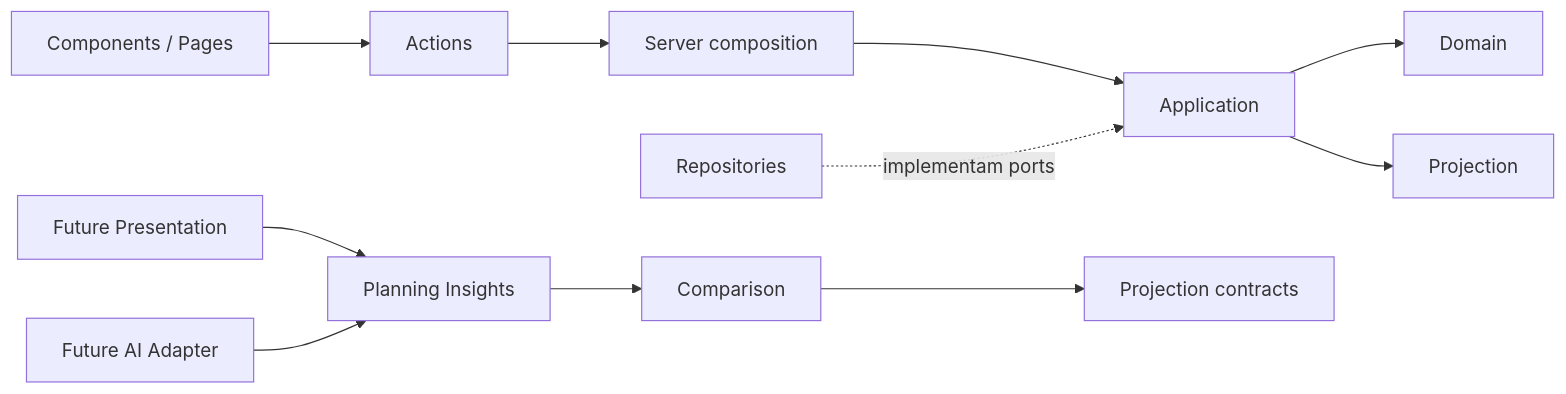
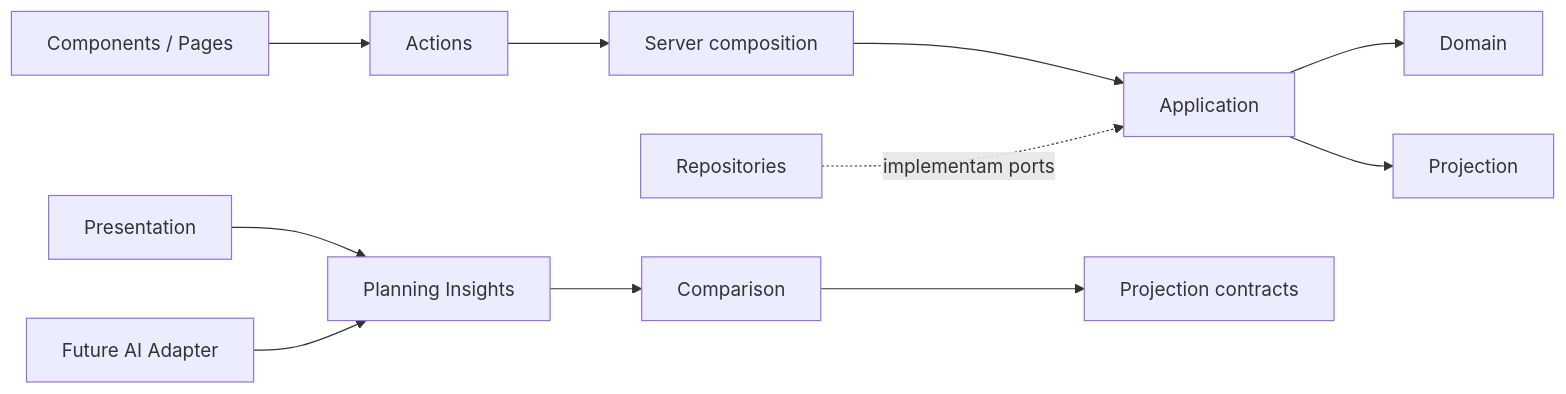
Before and after one commit to docalencar/evol-os: the second of 2 diagrams in docs/Architecture/organization-planning.md, drawn with Mermaid. The commit also changed other lines of this file and 47 other files, not shown here.

````diff
--- a/docs/Architecture/organization-planning.md
+++ b/docs/Architecture/organization-planning.md
@@ -55,13 +55,13 @@
 ```mermaid
 flowchart LR
   UI[Components / Pages] --> Actions
   Actions --> Server[Server composition]
   Server --> Application
   Repositories -. implementam ports .-> Application
   Application --> Domain
   Application --> Projection
   Comparison --> Contracts[Projection contracts]
   Insights[Planning Insights] --> Comparison
-  FuturePresentation[Future Presentation] --> Insights
+  Presentation[Presentation] --> Insights
   FutureAI[Future AI Adapter] --> Insights
 ```
````
